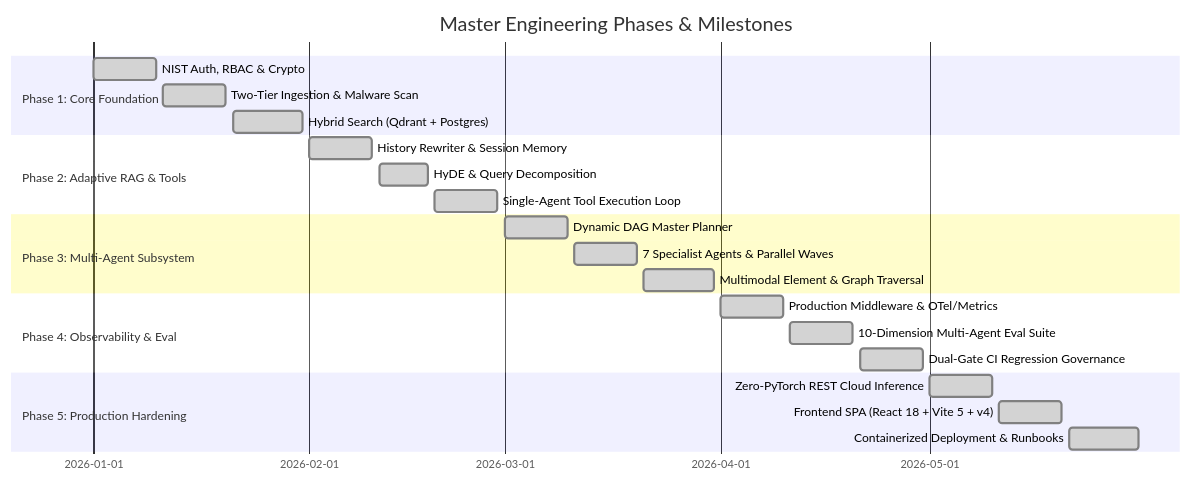
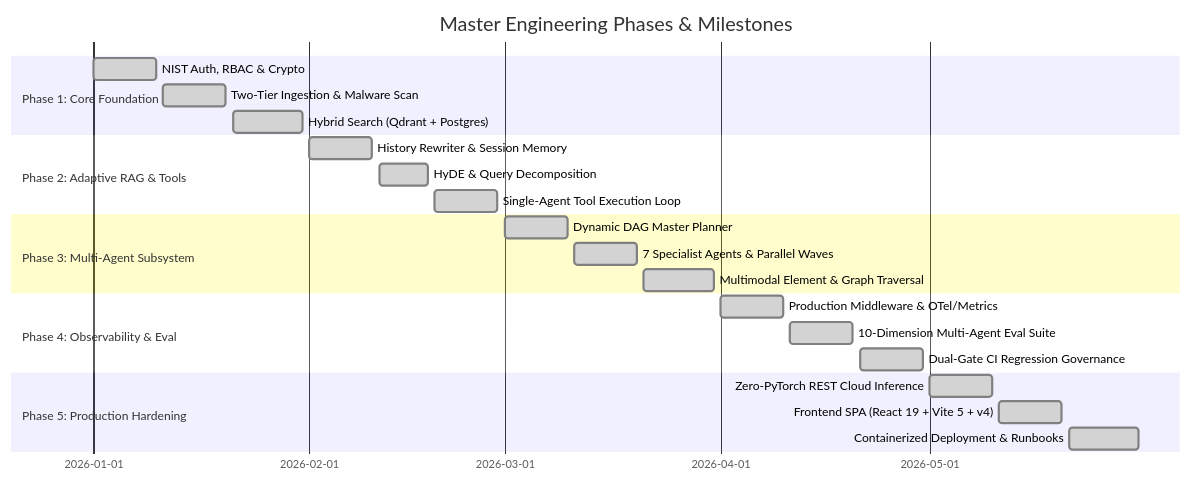
One commit to Satya-Naraharisetty/FusionRAG changed the diagram in prd.md. Above: the diagram before and after it, drawn with Mermaid. The commit also changed other lines of this file and 30 other files, not shown here.

Commit message:
feat: initialize React 19 frontend stack with Radix UI primitives and essential application contexts

````diff
--- a/prd.md
+++ b/prd.md
@@ -13,25 +13,25 @@
 ```mermaid
 gantt
     title Master Engineering Phases & Milestones
     dateFormat  YYYY-MM-DD
     section Phase 1: Core Foundation
     NIST Auth, RBAC & Crypto            :done, p1_1, 2026-01-01, 2026-01-10
     Two-Tier Ingestion & Malware Scan   :done, p1_2, 2026-01-11, 2026-01-20
     Hybrid Search (Qdrant + Postgres)   :done, p1_3, 2026-01-21, 2026-01-31
     section Phase 2: Adaptive RAG & Tools
     History Rewriter & Session Memory   :done, p2_1, 2026-02-01, 2026-02-10
     HyDE & Query Decomposition          :done, p2_2, 2026-02-11, 2026-02-18
     Single-Agent Tool Execution Loop    :done, p2_3, 2026-02-19, 2026-02-28
     section Phase 3: Multi-Agent Subsystem
     Dynamic DAG Master Planner          :done, p3_1, 2026-03-01, 2026-03-10
     7 Specialist Agents & Parallel Waves:done, p3_2, 2026-03-11, 2026-03-20
     Multimodal Element & Graph Traversal:done, p3_3, 2026-03-21, 2026-03-31
     section Phase 4: Observability & Eval
     Production Middleware & OTel/Metrics:done, p4_1, 2026-04-01, 2026-04-10
     10-Dimension Multi-Agent Eval Suite :done, p4_2, 2026-04-11, 2026-04-20
     Dual-Gate CI Regression Governance  :done, p4_3, 2026-04-21, 2026-04-30
     section Phase 5: Production Hardening
     Zero-PyTorch REST Cloud Inference   :done, p5_1, 2026-05-01, 2026-05-10
-    Frontend SPA (React 18 + Vite 5 + v4):done, p5_2, 2026-05-11, 2026-05-20
+    Frontend SPA (React 19 + Vite 5 + v4):done, p5_2, 2026-05-11, 2026-05-20
     Containerized Deployment & Runbooks :done, p5_3, 2026-05-21, 2026-05-31
 ```
````
